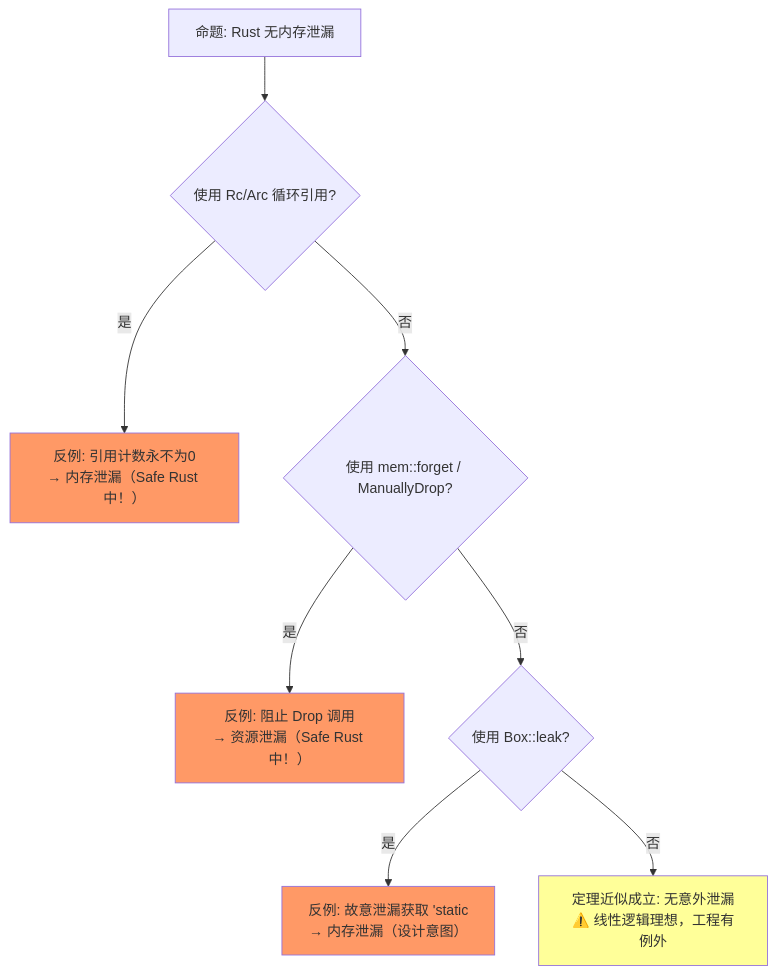
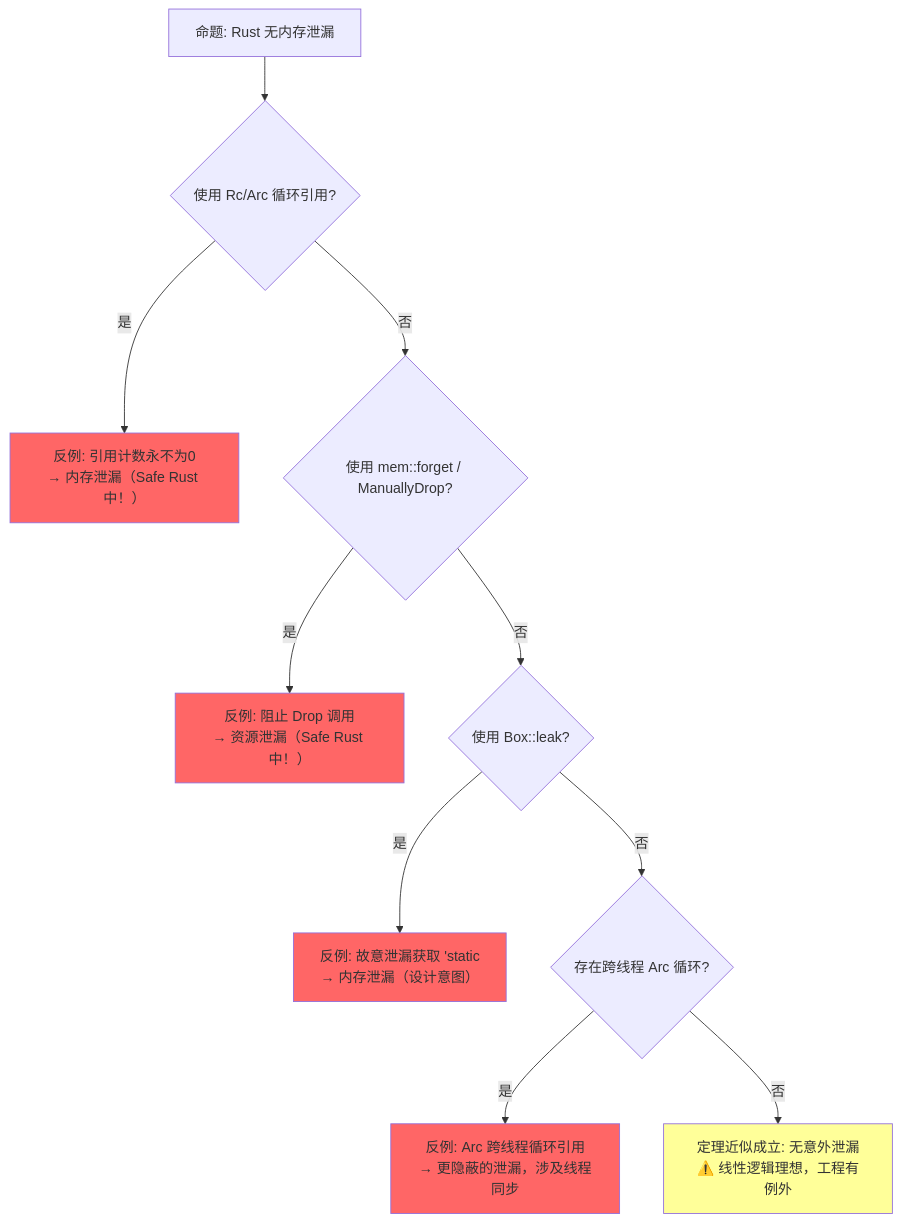
The third of 5 diagrams in concept/02_intermediate/03_memory_management.md (martin-ly/rust-lang), drawn with Mermaid before and after one commit. The commit also changed other lines of this file and 12 other files, not shown here.

````diff
--- a/concept/02_intermediate/03_memory_management.md
+++ b/concept/02_intermediate/03_memory_management.md
@@ -373,15 +391,18 @@
 ```mermaid
 graph TD
     P["命题: Rust 无内存泄漏"] --> Q1{"使用 Rc/Arc 循环引用?"}
     Q1 -->|是| F1["反例: 引用计数永不为0<br/>→ 内存泄漏（Safe Rust 中！）"]
     Q1 -->|否| Q2{"使用 mem::forget / ManuallyDrop?"}
     Q2 -->|是| F2["反例: 阻止 Drop 调用<br/>→ 资源泄漏（Safe Rust 中！）"]
     Q2 -->|否| Q3{"使用 Box::leak?"}
     Q3 -->|是| F3["反例: 故意泄漏获取 'static<br/>→ 内存泄漏（设计意图）"]
-    Q3 -->|否| T["定理近似成立: 无意外泄漏<br/>⚠️ 线性逻辑理想，工程有例外"]
+    Q3 -->|否| Q4{"存在跨线程 Arc 循环?"}
+    Q4 -->|是| F4["反例: Arc 跨线程循环引用<br/>→ 更隐蔽的泄漏，涉及线程同步"]
+    Q4 -->|否| T1["定理近似成立: 无意外泄漏<br/>⚠️ 线性逻辑理想，工程有例外"]
 
-    style F1 fill:#f96
-    style F2 fill:#f96
-    style F3 fill:#f96
-    style T fill:#ff9
+    style F1 fill:#f66
+    style F2 fill:#f66
+    style F3 fill:#f66
+    style F4 fill:#f66
+    style T1 fill:#ff9
 ```
````
